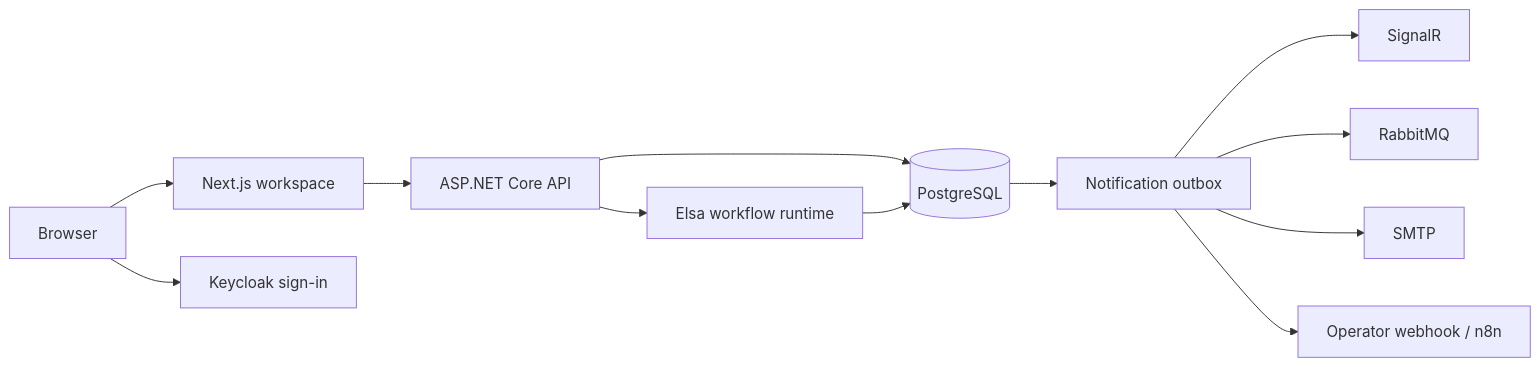
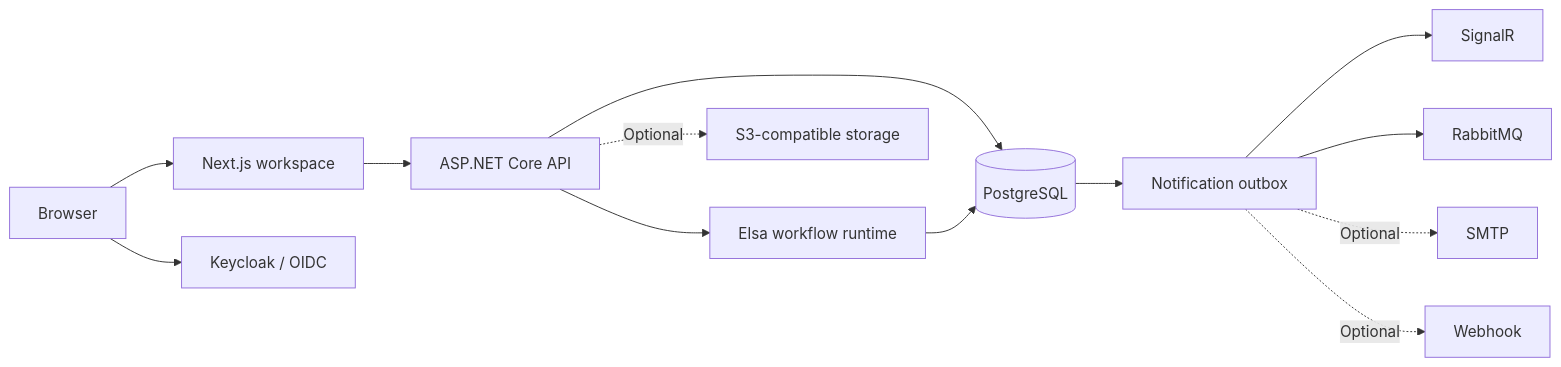
Before and after one commit to cevikburak1/flowops: the diagram in README.md, drawn with Mermaid. The commit also changed other lines of this file and 69 other files, not shown here.

Commit message:
Add general processes and refresh the FlowOps workspace

````diff
--- a/README.md
+++ b/README.md
@@ -59,14 +60,15 @@
 ```mermaid
 flowchart LR
     Browser --> Web["Next.js workspace"]
-    Browser --> Keycloak["Keycloak sign-in"]
+    Browser --> Keycloak["Keycloak / OIDC"]
     Web --> API["ASP.NET Core API"]
     API --> Postgres[("PostgreSQL")]
     API --> Elsa["Elsa workflow runtime"]
     Elsa --> Postgres
-    Postgres --> Delivery["Notification outbox"]
-    Delivery --> SignalR
-    Delivery --> RabbitMQ
-    Delivery --> SMTP
-    Delivery --> Webhook["Operator webhook / n8n"]
+    Postgres --> Outbox["Notification outbox"]
+    Outbox --> SignalR
+    Outbox --> RabbitMQ
+    Outbox -. Optional .-> SMTP
+    Outbox -. Optional .-> Webhook
+    API -. Optional .-> Storage["S3-compatible storage"]
 ```
````
